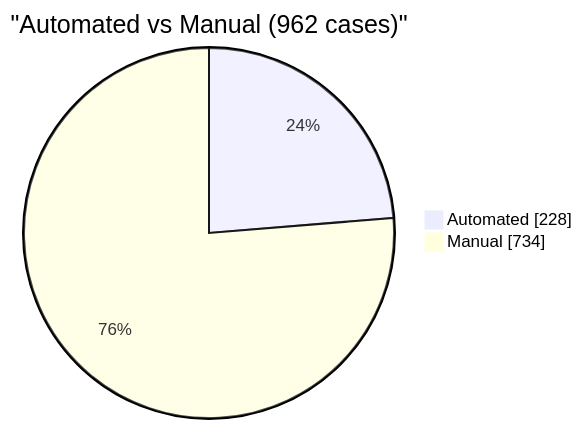
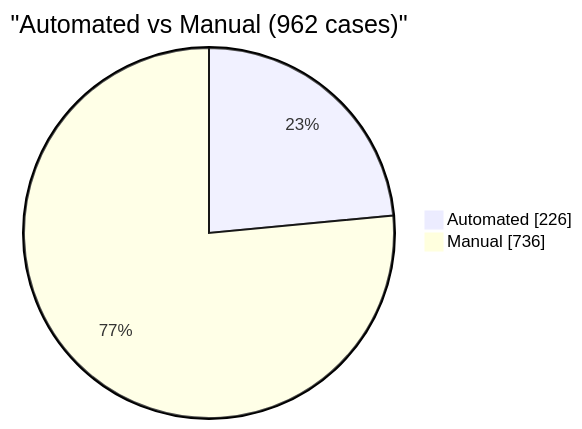
Before and after one commit to EliteaAI/onetest-ai-tm-Elitea: the fifth of 6 diagrams in reports/dashboard.md, drawn with Mermaid. The commit also changed other lines of this file and 1 other file, not shown here.

````diff
--- a/reports/dashboard.md
+++ b/reports/dashboard.md
@@ -108,6 +108,6 @@
 ```mermaid
 pie showData
     title "Automated vs Manual (962 cases)"
-    "Automated" : 228
-    "Manual" : 734
+    "Automated" : 226
+    "Manual" : 736
 ```
````
